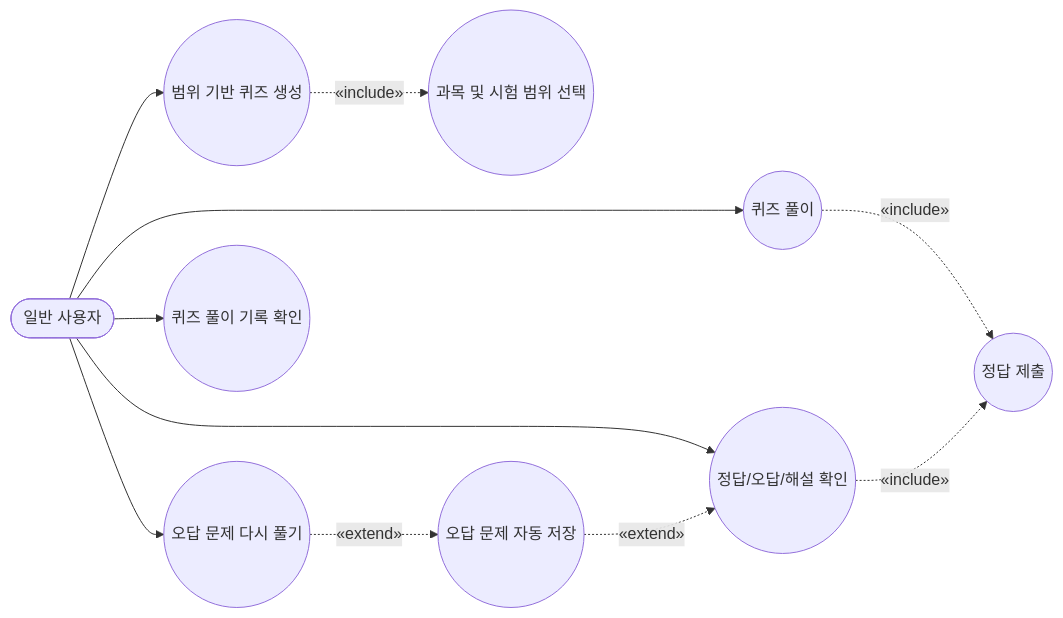
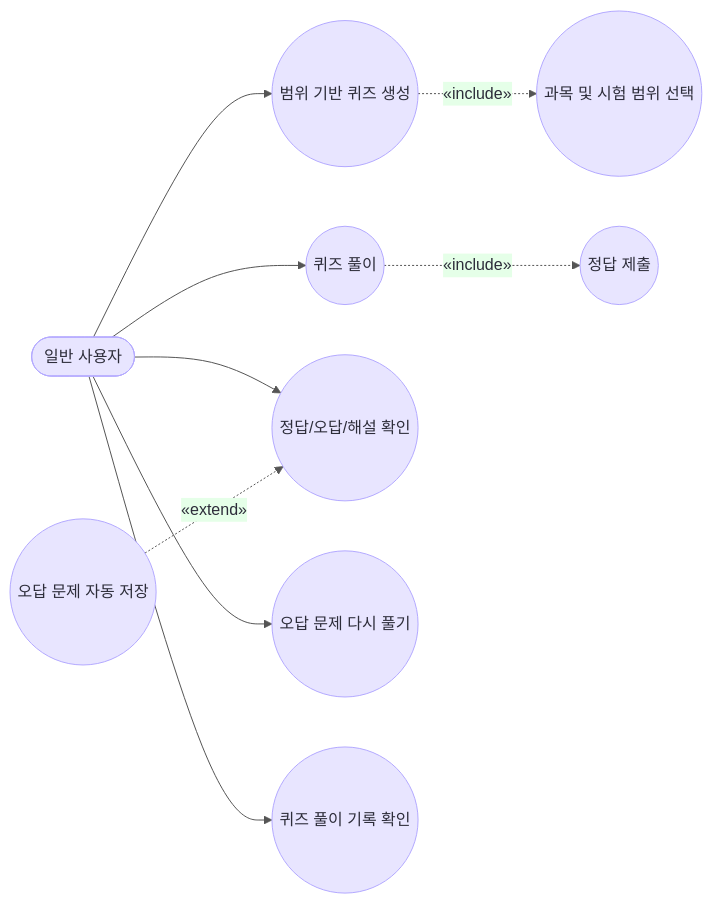
The first of 2 diagrams in docs/M2/UML 다이어그램.md (meaterick/sw-words), drawn with Mermaid before and after one commit. The commit also changed other lines of this file, not shown here.

Commit message:
Update UML diagrams with new relationships and methods

````diff
--- a/docs/M2/UML 다이어그램.md
+++ b/docs/M2/UML 다이어그램.md
@@ -3,31 +3,30 @@
 ```mermaid
+%%{init: {'theme': 'base', 'themeVariables': { 'primaryColor': '#E8E5FF', 'primaryTextColor': '#2D2D3A', 'lineColor': '#555555', 'nodeBorder': '#B3A9FF'}}}%%
 flowchart LR
     %% 사용자
     User([일반 사용자])
 
-    %% 유스케이스
+    %% 유스케이스들
     UC1((과목 및 시험 범위 선택))
     UC2((범위 기반 퀴즈 생성))
     UC3((퀴즈 풀이))
     UC4((정답 제출))
     UC5((정답/오답/해설 확인))
     UC6((오답 문제 자동 저장))
     UC7((오답 문제 다시 풀기))
     UC8((퀴즈 풀이 기록 확인))
 
     %% 사용자 연결
     User --> UC2
     User --> UC3
     User --> UC5
     User --> UC7
     User --> UC8
 
     %% include 관계
     UC2 -. «include» .-> UC1
     UC3 -. «include» .-> UC4
-    UC5 -. «include» .-> UC4
 
     %% extend 관계
     UC6 -. «extend» .-> UC5
-    UC7 -. «extend» .-> UC6
 ```
````
